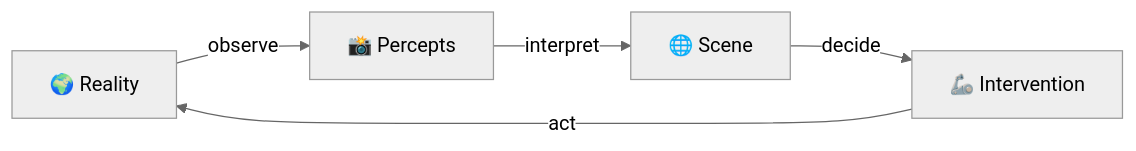
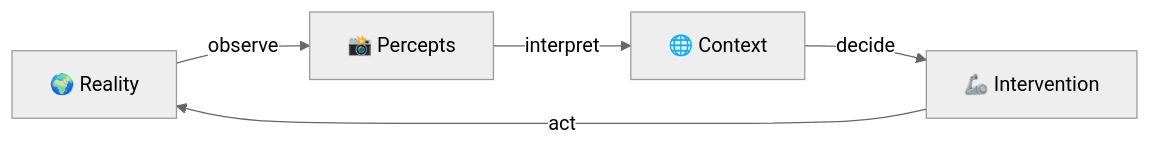
One commit to BrunoZell/AskFi.Sdk changed the second of 2 diagrams in docs/sensory-motor-cycle.md. Above: the diagram before and after it, drawn with Mermaid (neutral theme). The commit also changed 6 other files, not shown here.

Commit message:
rename scene to context

````diff
--- a/docs/sensory-motor-cycle.md
+++ b/docs/sensory-motor-cycle.md
@@ -53,7 +53,7 @@
 ```mermaid
 graph LR
 A["🌍 Reality"] -->|observe| B["📸 Percepts"]
-B -->|interpret| C["🌐 Scene"] 
+B -->|interpret| C["🌐 Context"] 
 C -->|decide| D["🦾 Intervention"]
 D -->|act| A
 ```
````
